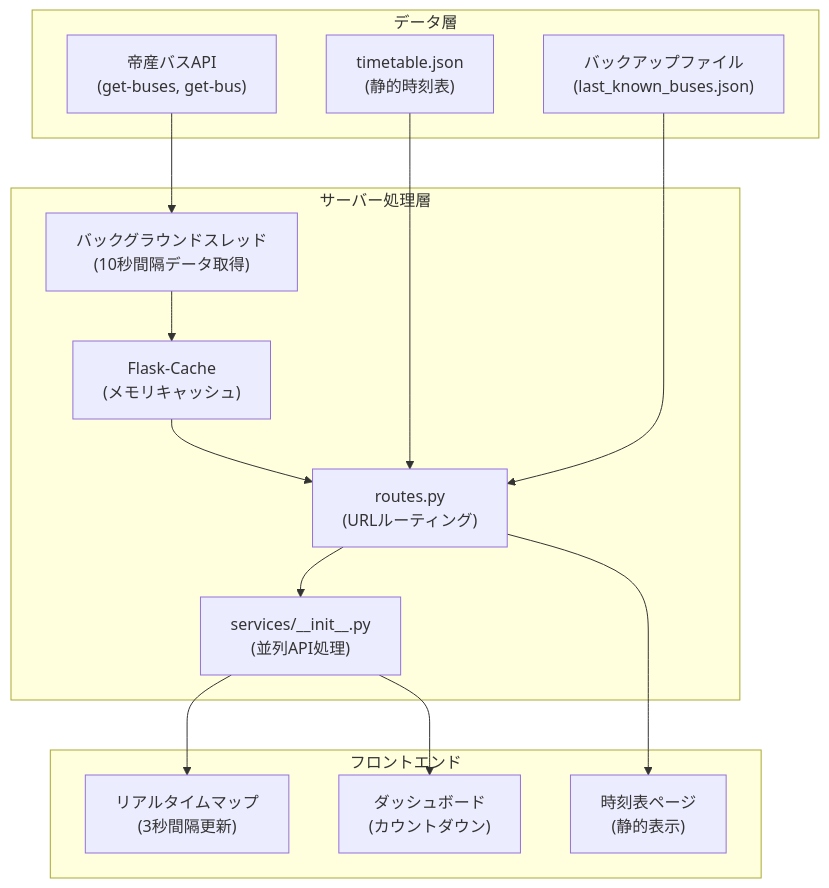
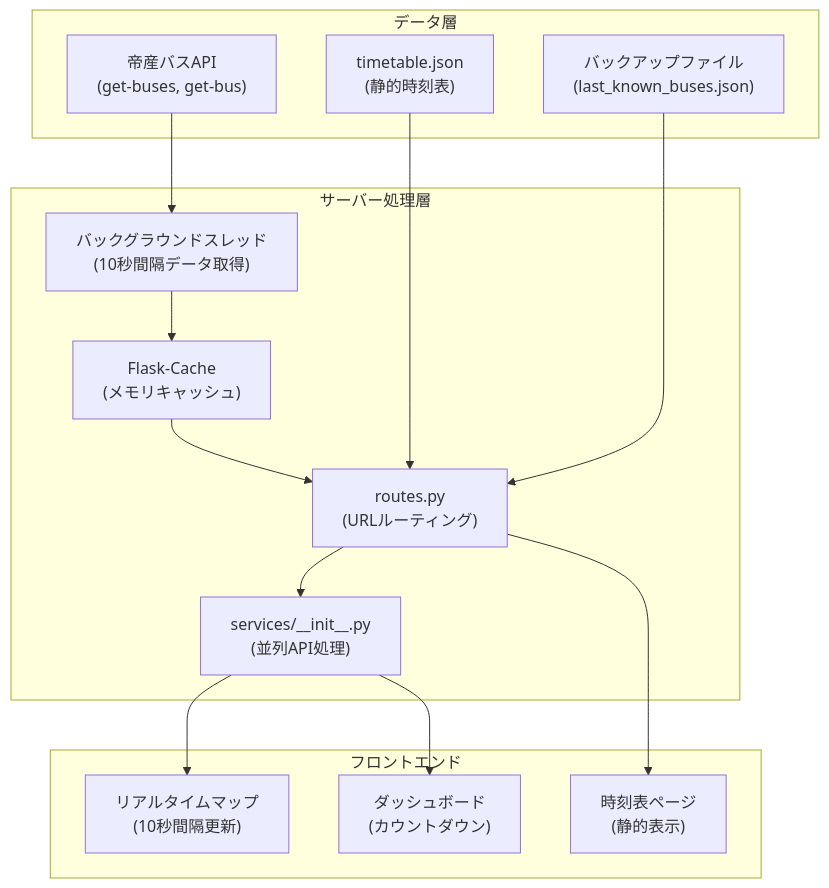
One commit to RyukokuDX/Buskita_real_webmap changed the diagram in docs/02_design_and_architecture/DATA_FLOW.md. Above: the diagram before and after it, drawn with Mermaid. The commit also changed 20 other files, not shown here.

````diff
--- a/docs/02_design_and_architecture/DATA_FLOW.md
+++ b/docs/02_design_and_architecture/DATA_FLOW.md
@@ -7,31 +7,31 @@
 ```mermaid
 graph TD
     subgraph "データ層"
         A["timetable.json<br/>(静的時刻表)"]
         B["帝産バスAPI<br/>(get-buses, get-bus)"]
         C["バックアップファイル<br/>(last_known_buses.json)"]
     end
 
     subgraph "サーバー処理層"
         D["バックグラウンドスレッド<br/>(10秒間隔データ取得)"]
         E["Flask-Cache<br/>(メモリキャッシュ)"]
         F["routes.py<br/>(URLルーティング)"]
         G["services/__init__.py<br/>(並列API処理)"]
     end
 
     subgraph "フロントエンド"
-        H["リアルタイムマップ<br/>(3秒間隔更新)"]
+        H["リアルタイムマップ<br/>(10秒間隔更新)"]
         I["ダッシュボード<br/>(カウントダウン)"]
         J["時刻表ページ<br/>(静的表示)"]
     end
 
     B --> D
     D --> E
     E --> F
     A --> F
     C --> F
     F --> G
     G --> H
     G --> I
     F --> J
 ```
````
